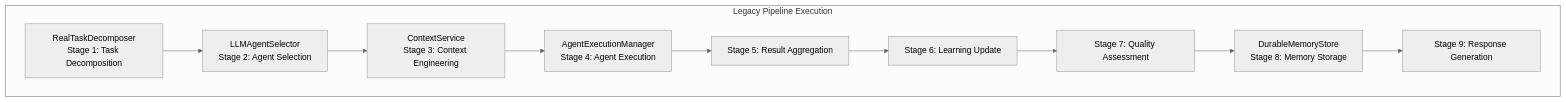
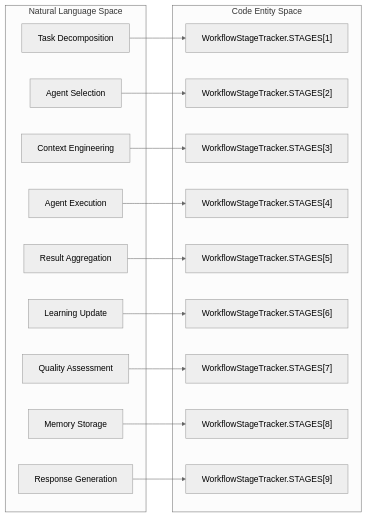
The first of 3 diagrams in docs/workflows-recipes/workflow-pipeline-architecture.md (AutomatosAI/automatos-ai), drawn with Mermaid (neutral theme) before and after one commit. The commit also changed other lines of this file and 188 other files, not shown here.

First line of the commit message:
docs: refresh architecture docs and add coverage for new subsystems (#1416)

````diff
--- a/docs/workflows-recipes/workflow-pipeline-architecture.md
+++ b/docs/workflows-recipes/workflow-pipeline-architecture.md
@@ -56,13 +46,36 @@
 ```mermaid
-graph TB
-    subgraph "Legacy Pipeline Execution"
-        S1[""RealTaskDecomposer<br/>Stage 1: Task Decomposition""] --> S2[""LLMAgentSelector<br/>Stage 2: Agent Selection""]
-        S2 --> S3[""ContextService<br/>Stage 3: Context Engineering""]
-        S3 --> S4[""AgentExecutionManager<br/>Stage 4: Agent Execution""]
-        S4 --> S5[""Stage 5: Result Aggregation""]
-        S5 --> S6[""Stage 6: Learning Update""]
-        S6 --> S7[""Stage 7: Quality Assessment""]
-        S7 --> S8[""DurableMemoryStore<br/>Stage 8: Memory Storage""]
-        S8 --> S9[""Stage 9: Response Generation""]
+graph LR
+    subgraph "Natural Language Space"
+        NL1["Task Decomposition"]
+        NL2["Agent Selection"]
+        NL3["Context Engineering"]
+        NL4["Agent Execution"]
+        NL5["Result Aggregation"]
+        NL6["Learning Update"]
+        NL7["Quality Assessment"]
+        NL8["Memory Storage"]
+        NL9["Response Generation"]
     end
+
+    subgraph "Code Entity Space"
+        S1["WorkflowStageTracker.STAGES[1]"]
+        S2["WorkflowStageTracker.STAGES[2]"]
+        S3["WorkflowStageTracker.STAGES[3]"]
+        S4["WorkflowStageTracker.STAGES[4]"]
+        S5["WorkflowStageTracker.STAGES[5]"]
+        S6["WorkflowStageTracker.STAGES[6]"]
+        S7["WorkflowStageTracker.STAGES[7]"]
+        S8["WorkflowStageTracker.STAGES[8]"]
+        S9["WorkflowStageTracker.STAGES[9]"]
+    end
+
+    NL1 --> S1
+    NL2 --> S2
+    NL3 --> S3
+    NL4 --> S4
+    NL5 --> S5
+    NL6 --> S6
+    NL7 --> S7
+    NL8 --> S8
+    NL9 --> S9
 ```
````
